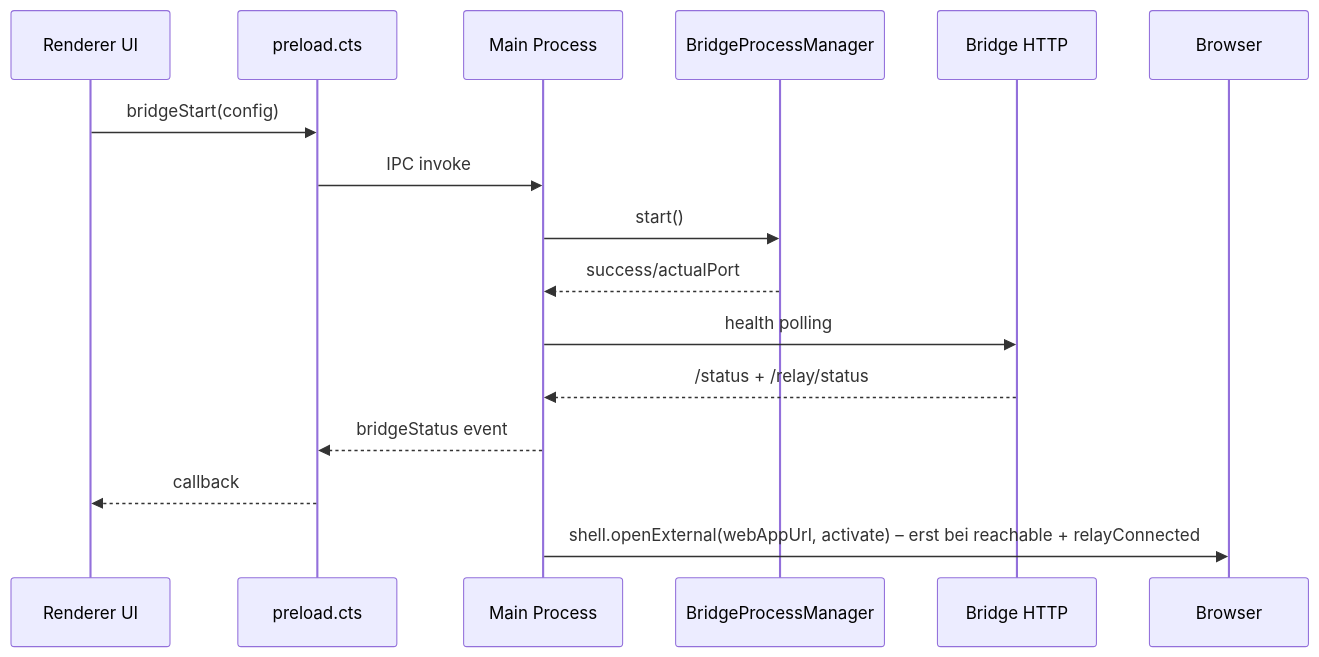
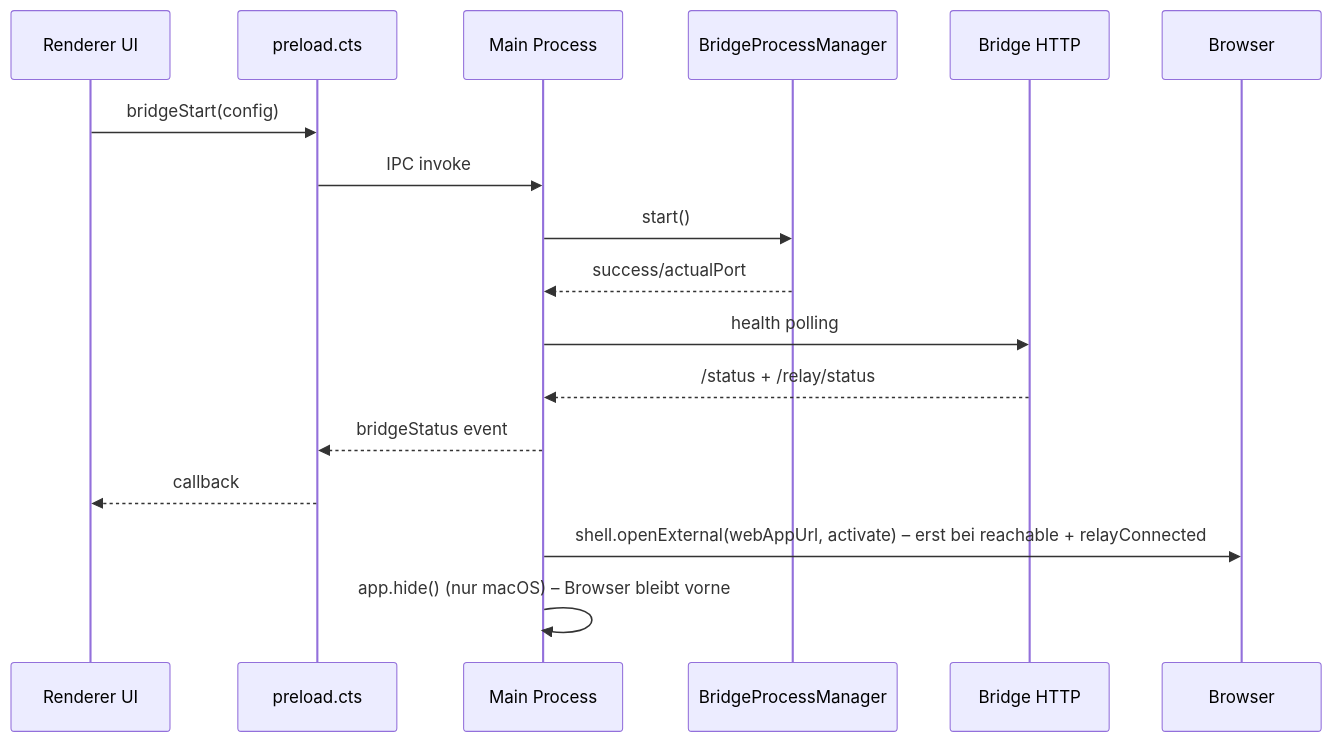
One commit to pivotrecruiting/broadify-bridge changed the diagram in docs/desktop/subsystems/main-process.md. Above: the diagram before and after it, drawn with Mermaid. The commit also changed other lines of this file and 13 other files, not shown here.

First line of the commit message:
fix(desktop): hide the bridge window behind the browser after the gated open; RC builds open the dev web app

````diff
--- a/docs/desktop/subsystems/main-process.md
+++ b/docs/desktop/subsystems/main-process.md
@@ -37,18 +37,19 @@
 ```mermaid
 sequenceDiagram
   participant UI as Renderer UI
   participant Preload as preload.cts
   participant Main as Main Process
   participant BPM as BridgeProcessManager
   participant Bridge as Bridge HTTP
 
   UI->>Preload: bridgeStart(config)
   Preload->>Main: IPC invoke
   Main->>BPM: start()
   BPM-->>Main: success/actualPort
   Main->>Bridge: health polling
   Bridge-->>Main: /status + /relay/status
   Main-->>Preload: bridgeStatus event
   Preload-->>UI: callback
   Main->>Browser: shell.openExternal(webAppUrl, activate) – erst bei reachable + relayConnected
+  Main->>Main: app.hide() (nur macOS) – Browser bleibt vorne
 ```
````
